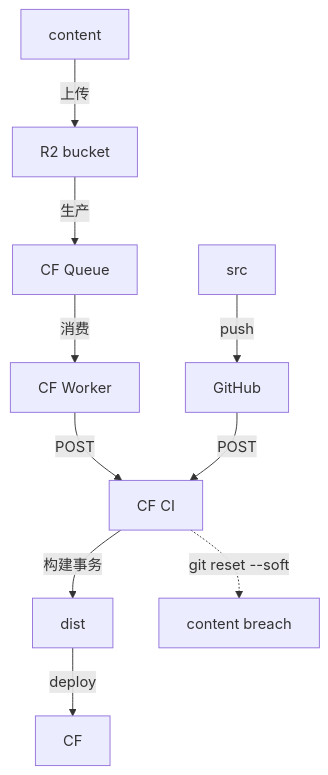
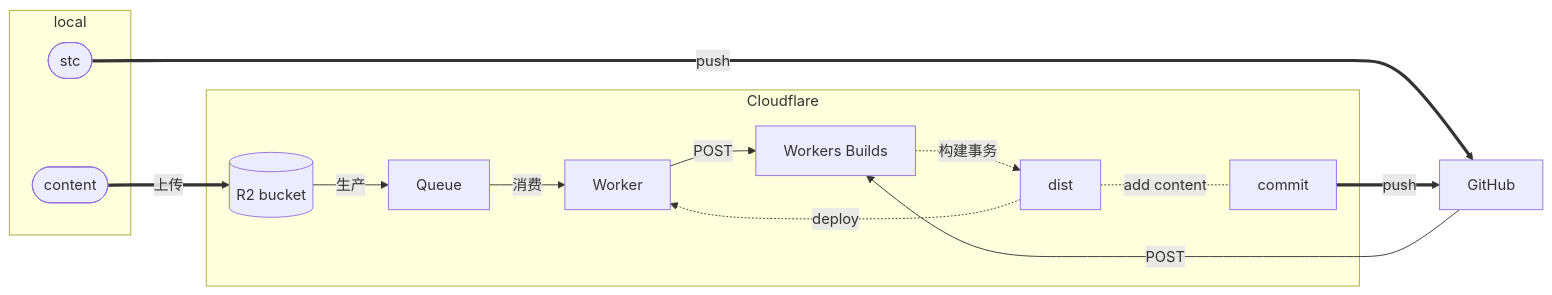
One commit to sterfuny/Firefly changed the diagram in src/content/posts/worker-buildWithR2.md. Above: the diagram before and after it, drawn with Mermaid. The commit also changed other lines of this file and 7 other files, not shown here.

````diff
--- a/src/content/posts/worker-buildWithR2.md
+++ b/src/content/posts/worker-buildWithR2.md
@@ -20,19 +20,25 @@
 ```mermaid
-flowchart TD
-    A -->|上传| B
-    B -->|生产| queue
-    queue[CF Queue] -->|消费| D
-    D -->|POST| E
-    E -->|构建事务| F[dist]
-    F -->|deploy| G[CF]
+flowchart LR
+    subgraph Cloudflare
+        B -->|生产| queue
+        queue[Queue] -->|消费| D
+        D -->|POST| E
+        E -.->|构建事务| F[dist]
+        F -.->|deploy| D
+        F -.-|add content| new[commit]
+    end
     
-    E -.->|git reset --soft| I[content breach]
+    B[(R2 bucket)]
+    D[Worker]
+    E[Workers Builds]
     
-    A[content]
-    B[R2 bucket]
-    D[CF Worker]
-    E[CF CI]
+    subgraph local
+        content([content])
+        src([stc])
+    end
     
-    src --> |push| repo
+    content ==>|上传| B
+    src ==>|push| repo
     repo[GitHub] -->|POST| E
+    new ==>|push| repo
 ```
````
